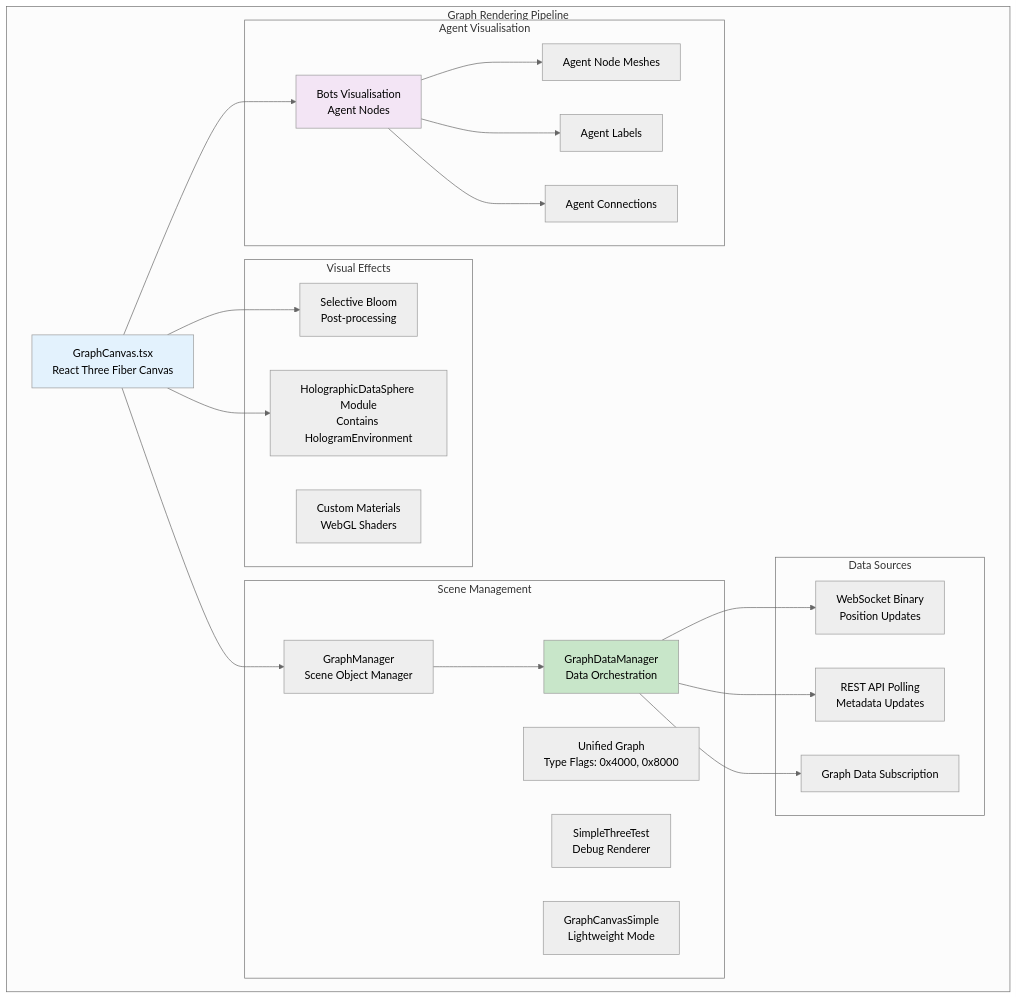
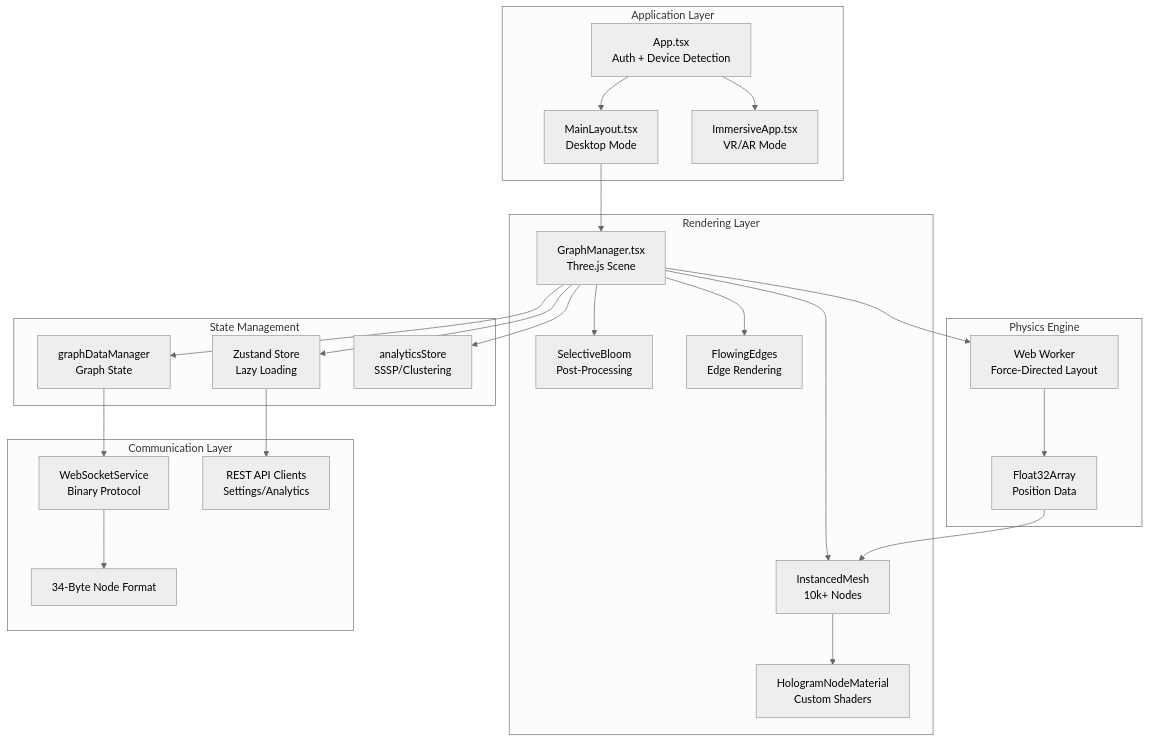
The first of 4 diagrams in docs/concepts/architecture/core/client.md (DreamLab-AI/VisionFlow), drawn with Mermaid (neutral theme) before and after one commit. The commit also changed other lines of this file and 369 other files, not shown here.

````diff
--- a/docs/concepts/architecture/core/client.md
+++ b/docs/concepts/architecture/core/client.md
@@ -297,51 +25,53 @@
 ```mermaid
 graph TB
-    subgraph "Graph Rendering Pipeline"
-        GraphCanvas["GraphCanvas.tsx<br/>React Three Fiber Canvas"]
+    subgraph "Application Layer"
+        App[App.tsx<br/>Auth + Device Detection]
+        MainLayout[MainLayout.tsx<br/>Desktop Mode]
+        ImmersiveApp[ImmersiveApp.tsx<br/>VR/AR Mode]
+    end
 
-        subgraph "Scene Management"
-            GraphManager["GraphManager<br/>Scene Object Manager"]
-            GraphDataManager["GraphDataManager<br/>Data Orchestration"]
-            UnifiedImplementation["Unified Graph<br/>Type Flags: 0x4000, 0x8000"]
-            SimpleThreeTest["SimpleThreeTest<br/>Debug Renderer"]
-            GraphCanvasSimple["GraphCanvasSimple<br/>Lightweight Mode"]
-        end
+    subgraph "Rendering Layer"
+        GraphManager[GraphManager.tsx<br/>Three.js Scene]
+        InstancedMesh[InstancedMesh<br/>10k+ Nodes]
+        HologramMaterial[HologramNodeMaterial<br/>Custom Shaders]
+        SelectiveBloom[SelectiveBloom<br/>Post-Processing]
+        FlowingEdges[FlowingEdges<br/>Edge Rendering]
+    end
 
-        subgraph "Data Sources"
-            WebSocketBinary["WebSocket Binary<br/>Position Updates"]
-            RESTPolling["REST API Polling<br/>Metadata Updates"]
-            GraphDataSubscription["Graph Data Subscription"]
-        end
+    subgraph "State Management"
+        SettingsStore[Zustand Store<br/>Lazy Loading]
+        GraphDataManager[graphDataManager<br/>Graph State]
+        AnalyticsStore[analyticsStore<br/>SSSP/Clustering]
+    end
 
-        subgraph "Visual Effects"
-            SelectiveBloom["Selective Bloom<br/>Post-processing"]
-            HolographicDataSphere["HolographicDataSphere Module<br/>Contains HologramEnvironment"]
-            CustomMaterials["Custom Materials<br/>WebGL Shaders"]
-        end
+    subgraph "Communication Layer"
+        WebSocketService[WebSocketService<br/>Binary Protocol]
+        BinaryProtocol[34-Byte Node Format]
+        RESTAPIs[REST API Clients<br/>Settings/Analytics]
+    end
 
-        subgraph "Agent Visualisation"
-            BotsVisualisation["Bots Visualisation<br/>Agent Nodes"]
-            AgentNodes["Agent Node Meshes"]
-            AgentLabels["Agent Labels"]
-            AgentConnections["Agent Connections"]
-        end
+    subgraph "Physics Engine"
+        GraphWorker[Web Worker<br/>Force-Directed Layout]
+        Float32Array[Float32Array<br/>Position Data]
+    end
 
-        GraphCanvas --> GraphManager
-        GraphCanvas --> SelectiveBloom
-        GraphCanvas --> HolographicDataSphere
-        GraphCanvas --> BotsVisualisation
+    App --> MainLayout
+    App --> ImmersiveApp
+    MainLayout --> GraphManager
+    GraphManager --> InstancedMesh
+    GraphManager --> FlowingEdges
+    GraphManager --> SelectiveBloom
+    InstancedMesh --> HologramMaterial
 
-        GraphManager --> GraphDataManager
-        GraphDataManager --> WebSocketBinary
-        GraphDataManager --> RESTPolling
-        GraphDataManager --> GraphDataSubscription
+    GraphManager --> SettingsStore
+    GraphManager --> GraphDataManager
+    GraphManager --> AnalyticsStore
 
-        BotsVisualisation --> AgentNodes
-        BotsVisualisation --> AgentLabels
-        BotsVisualisation --> AgentConnections
+    GraphManager --> GraphWorker
+    GraphWorker --> Float32Array
+    Float32Array --> InstancedMesh
 
-        style GraphCanvas fill:#e3f2fd
-        style GraphDataManager fill:#c8e6c9
-        style BotsVisualisation fill:#f3e5f5
-    end
+    GraphDataManager --> WebSocketService
+    WebSocketService --> BinaryProtocol
+    SettingsStore --> RESTAPIs
 ```
````
